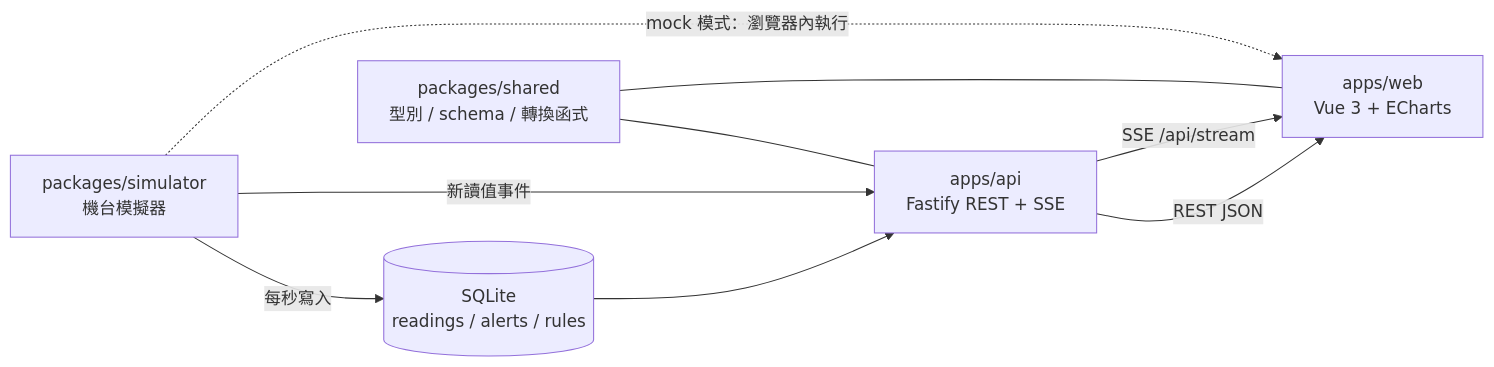
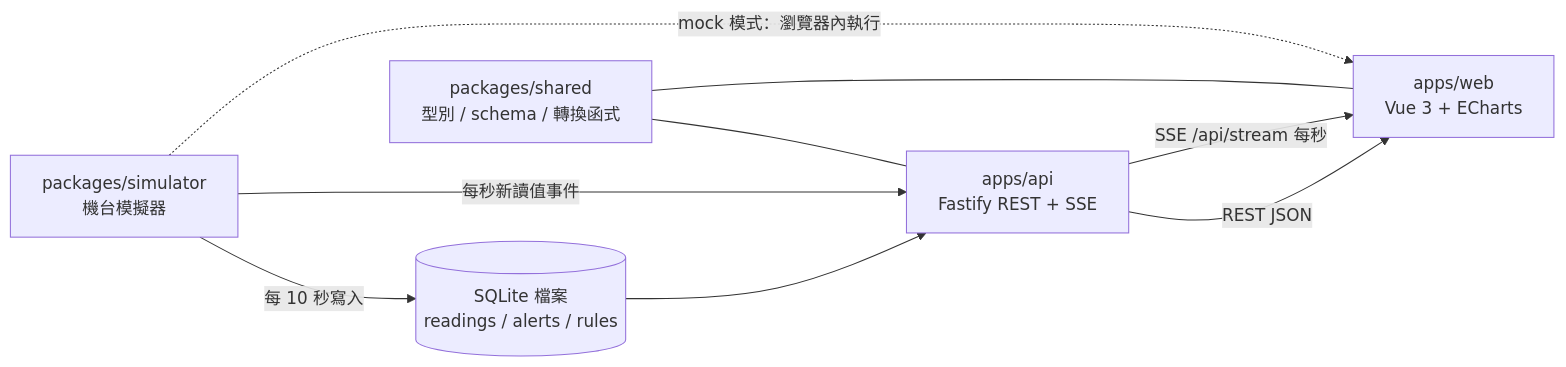
One commit to cactus1998/aiot-monitor changed the first of 2 diagrams in docs/PRD-aiot-monitor.md. Above: the diagram before and after it, drawn with Mermaid. The commit also changed other lines of this file and 6 other files, not shown here.

````diff
--- a/docs/PRD-aiot-monitor.md
+++ b/docs/PRD-aiot-monitor.md
@@ -70,11 +75,11 @@
 ```mermaid
 flowchart LR
-    SIM[packages/simulator<br/>機台模擬器] -->|每秒寫入| DB[(SQLite<br/>readings / alerts / rules)]
+    SIM[packages/simulator<br/>機台模擬器] -->|每 10 秒寫入| DB[(SQLite 檔案<br/>readings / alerts / rules)]
+    SIM -->|每秒新讀值事件| API
     DB --> API[apps/api<br/>Fastify REST + SSE]
-    SIM -->|新讀值事件| API
     API -->|REST JSON| WEB[apps/web<br/>Vue 3 + ECharts]
-    API -->|SSE /api/stream| WEB
+    API -->|SSE /api/stream 每秒| WEB
     SIM -.->|mock 模式：瀏覽器內執行| WEB
     SHARED[packages/shared<br/>型別 / schema / 轉換函式] --- API
     SHARED --- WEB
 ```
````
